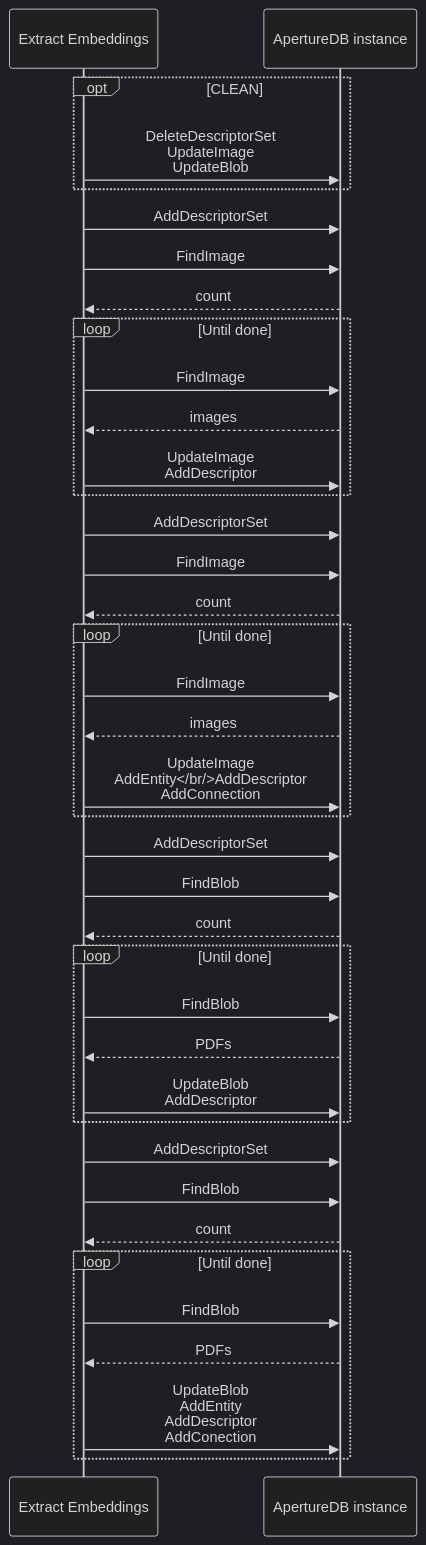
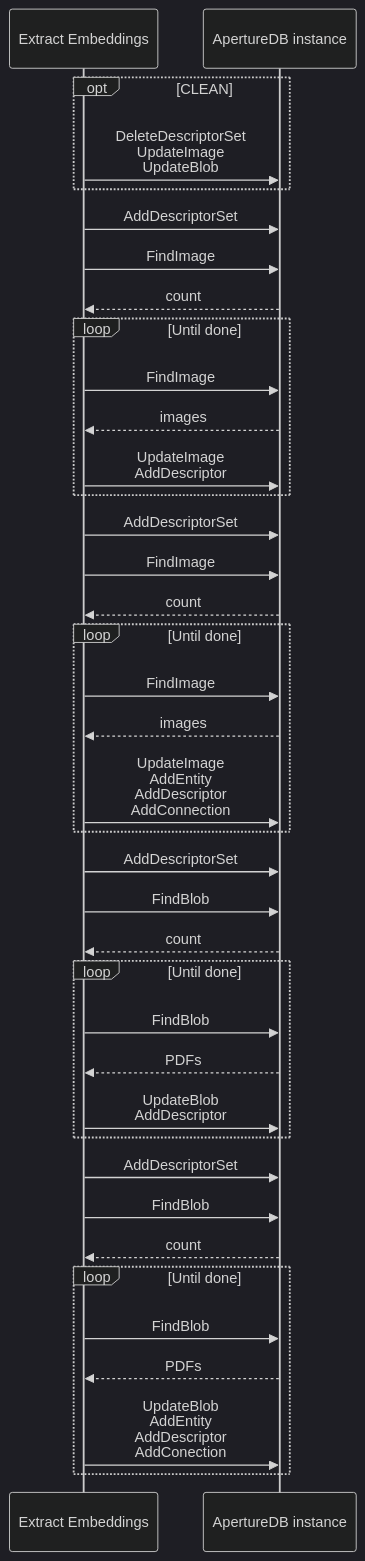
The diagram in apps/embeddings-extraction/README.md (aperture-data/workflows), drawn with Mermaid (dark theme) before and after one commit.

````diff
--- a/apps/embeddings-extraction/README.md
+++ b/apps/embeddings-extraction/README.md
@@ -12,44 +12,44 @@
 ```mermaid
 sequenceDiagram
     participant W as Extract Embeddings
     participant A as ApertureDB instance
     opt CLEAN
         W->>A: DeleteDescriptorSet<br/>UpdateImage<br/>UpdateBlob
     end
 
     W->>A: AddDescriptorSet
     W->>A: FindImage
     A-->>W: count
     loop Until done
         W->>A: FindImage
         A-->>W: images
         W->>A: UpdateImage<br/>AddDescriptor
     end
 
     W->>A: AddDescriptorSet
     W->>A: FindImage
     A-->>W: count
     loop Until done
         W->>A: FindImage
         A-->>W: images
-        W->>A: UpdateImage<br/>AddEntity</br/>AddDescriptor<br/>AddConnection
+        W->>A: UpdateImage<br/>AddEntity<br/>AddDescriptor<br/>AddConnection
     end
 
     W->>A: AddDescriptorSet
     W->>A: FindBlob
     A-->>W: count
     loop Until done
         W->>A: FindBlob
         A-->>W: PDFs
         W->>A: UpdateBlob<br/>AddDescriptor
     end
 
     W->>A: AddDescriptorSet
     W->>A: FindBlob
     A-->>W: count
     loop Until done
         W->>A: FindBlob
         A-->>W: PDFs
         W->>A: UpdateBlob<br/>AddEntity<br/>AddDescriptor<br/>AddConection
     end
 ```
````
